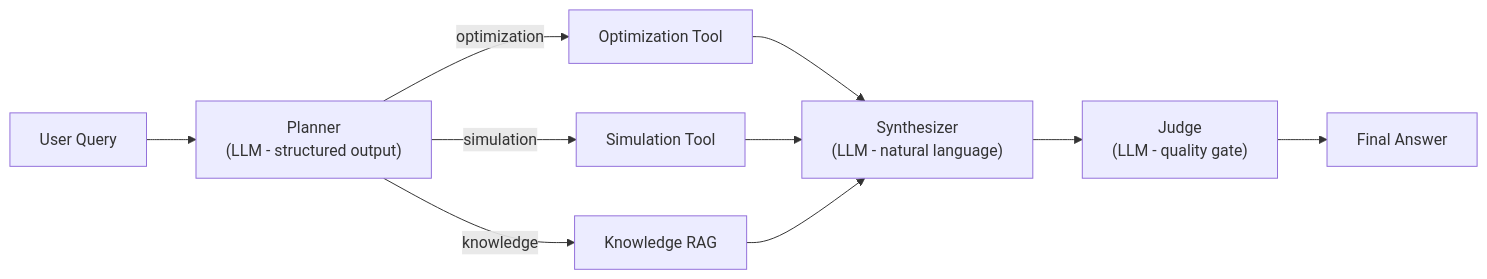
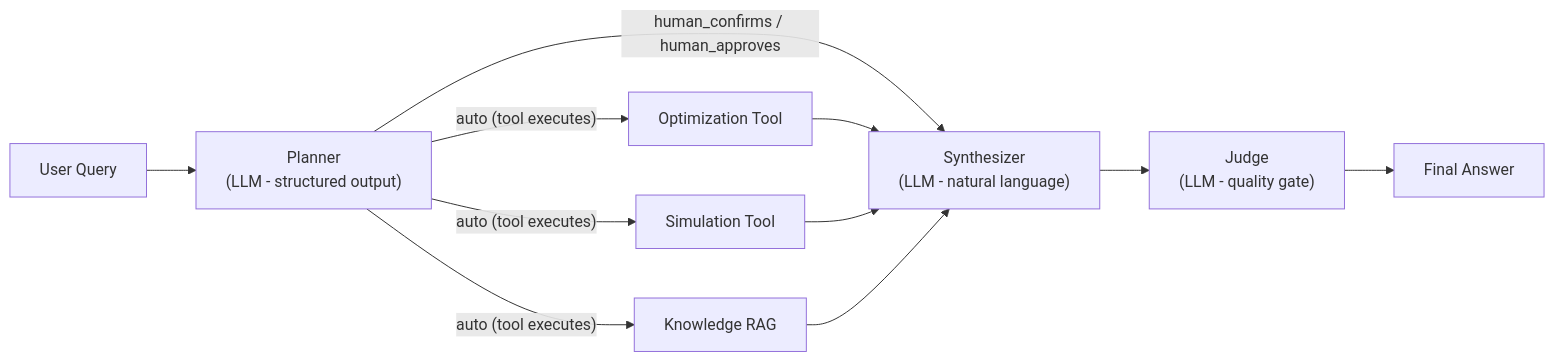
Before and after one commit to gmateosAWS/decision-intelligence-agent: the second of 3 diagrams in README.md, drawn with Mermaid. The commit also changed other lines of this file, not shown here.

````diff
--- a/README.md
+++ b/README.md
@@ -176,24 +181,25 @@
 ```mermaid
 flowchart LR
     User[User Query]
     Planner["Planner
 (LLM - structured output)"]
     Opt[Optimization Tool]
     Sim[Simulation Tool]
     Know[Knowledge RAG]
     Synth["Synthesizer
 (LLM - natural language)"]
     Judge["Judge
 (LLM - quality gate)"]
     Answer[Final Answer]
 
     User --> Planner
-    Planner -->|optimization| Opt
-    Planner -->|simulation| Sim
-    Planner -->|knowledge| Know
+    Planner -->|"auto (tool executes)"| Opt
+    Planner -->|"auto (tool executes)"| Sim
+    Planner -->|"auto (tool executes)"| Know
+    Planner -->|"human_confirms / human_approves"| Synth
     Opt --> Synth
     Sim --> Synth
     Know --> Synth
     Synth --> Judge
     Judge --> Answer
 ```
````
